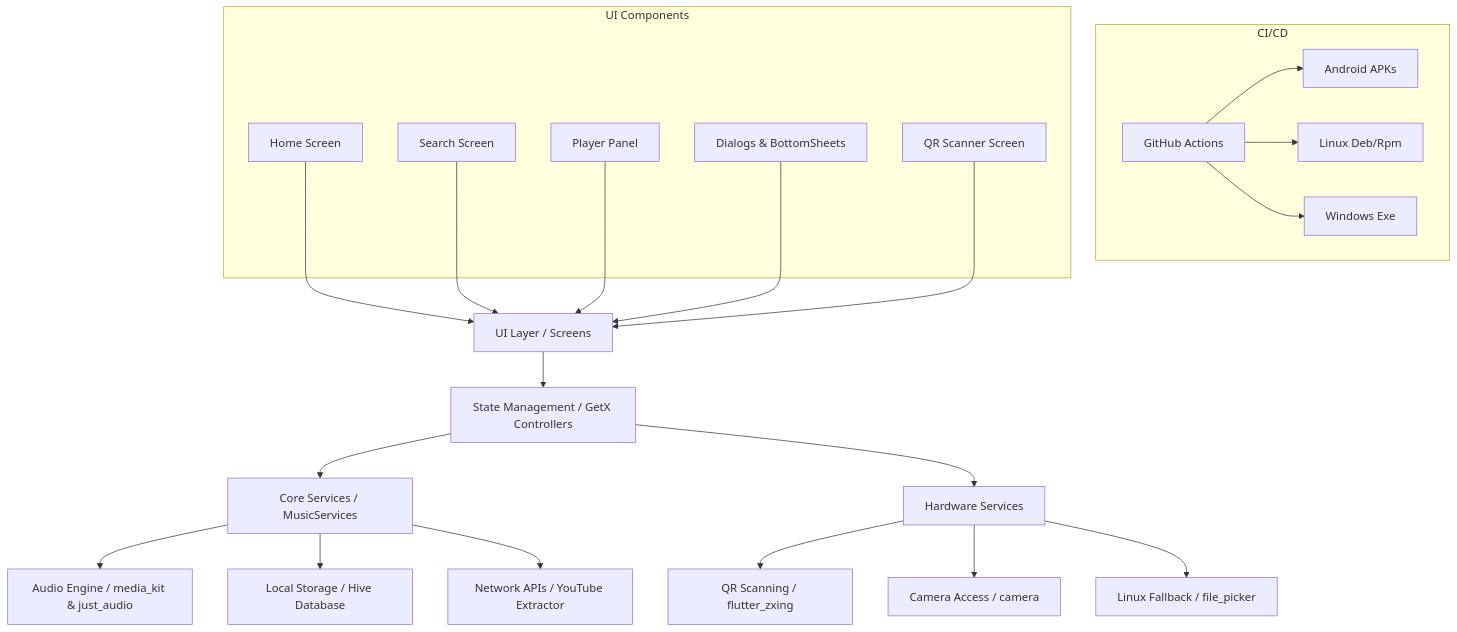
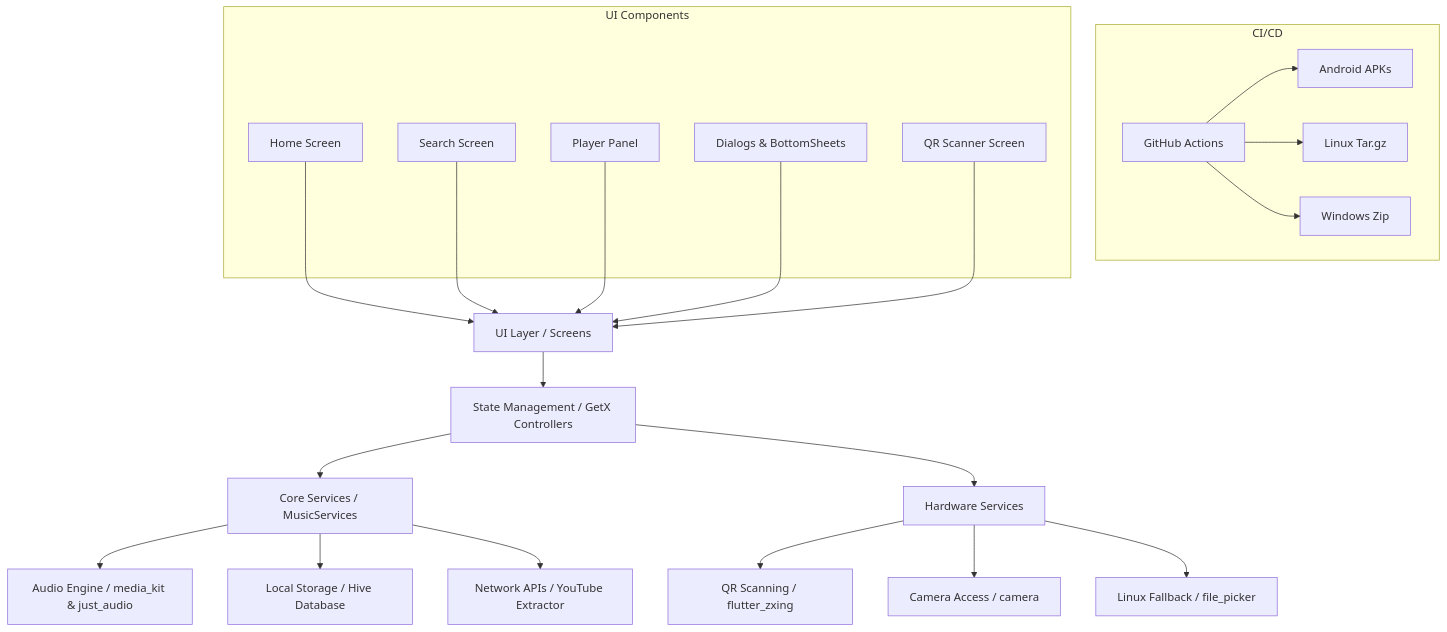
Before and after one commit to North-Abyss/Harmony-Music: the diagram in memory-agent.md, drawn with Mermaid. The commit also changed other lines of this file and 1 other file, not shown here.

Commit message:
docs: Update release notes and agent memory for new native CI pipeline

````diff
--- a/memory-agent.md
+++ b/memory-agent.md
@@ -56,28 +56,28 @@
 ```mermaid
 graph TD
     A[UI Layer / Screens] --> B[State Management / GetX Controllers]
     B --> C[Core Services / MusicServices]
     B --> H[Hardware Services]
     C --> D[Audio Engine / media_kit & just_audio]
     C --> E[Local Storage / Hive Database]
     C --> F[Network APIs / YouTube Extractor]
     H --> S[QR Scanning / flutter_zxing]
     H --> Cam[Camera Access / camera]
     H --> FP[Linux Fallback / file_picker]
     
     subgraph CI/CD
       GH[GitHub Actions] --> APK[Android APKs]
-      GH --> LNX[Linux Deb/Rpm]
-      GH --> WIN[Windows Exe]
+      GH --> LNX[Linux Tar.gz]
+      GH --> WIN[Windows Zip]
     end
     
     subgraph UI Components
       A1[Home Screen]
       A2[Search Screen]
       A3[Player Panel]
       A4[Dialogs & BottomSheets]
       A5[QR Scanner Screen]
     end
     
     A1 & A2 & A3 & A4 & A5 --> A
 ```
````
